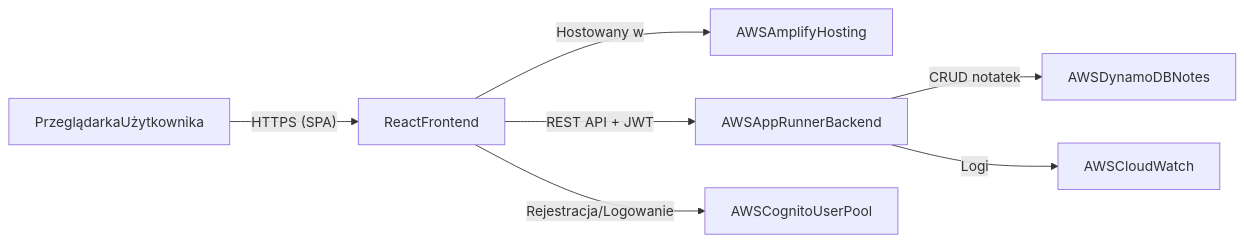
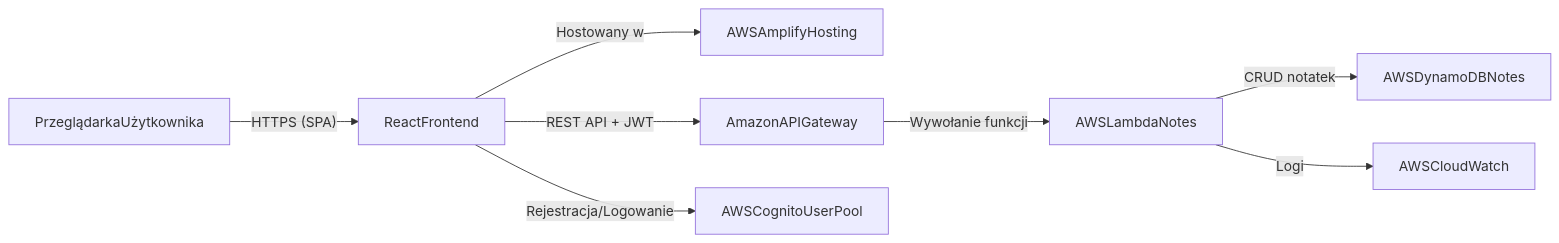
Before and after one commit to devjoter/Projekt-zespolowy---Chmura-obliczeniowa: the first of 2 diagrams in documents/architektura-systemu-notatek-aws.md, drawn with Mermaid. The commit also changed other lines of this file, not shown here.

````diff
--- a/documents/architektura-systemu-notatek-aws.md
+++ b/documents/architektura-systemu-notatek-aws.md
@@ -121,17 +124,19 @@
 ```mermaid
 flowchart LR
   userBrowser["PrzeglądarkaUżytkownika"]
   reactApp["ReactFrontend"]
   amplifyHosting["AWSAmplifyHosting"]
-  appRunner["AWSAppRunnerBackend"]
+  apiGw["AmazonAPIGateway"]
+  notesLambda["AWSLambdaNotes"]
   cognito["AWSCognitoUserPool"]
   dynamo["AWSDynamoDBNotes"]
   cloudwatch["AWSCloudWatch"]
 
   userBrowser -->|"HTTPS (SPA)"| reactApp
   reactApp -->|"Hostowany w"| amplifyHosting
   reactApp -->|"Rejestracja/Logowanie"| cognito
-  reactApp -->|"REST API + JWT"| appRunner
-  appRunner -->|"CRUD notatek"| dynamo
-  appRunner -->|"Logi"| cloudwatch
+  reactApp -->|"REST API + JWT"| apiGw
+  apiGw -->|"Wywołanie funkcji"| notesLambda
+  notesLambda -->|"CRUD notatek"| dynamo
+  notesLambda -->|"Logi"| cloudwatch
 ```
````
